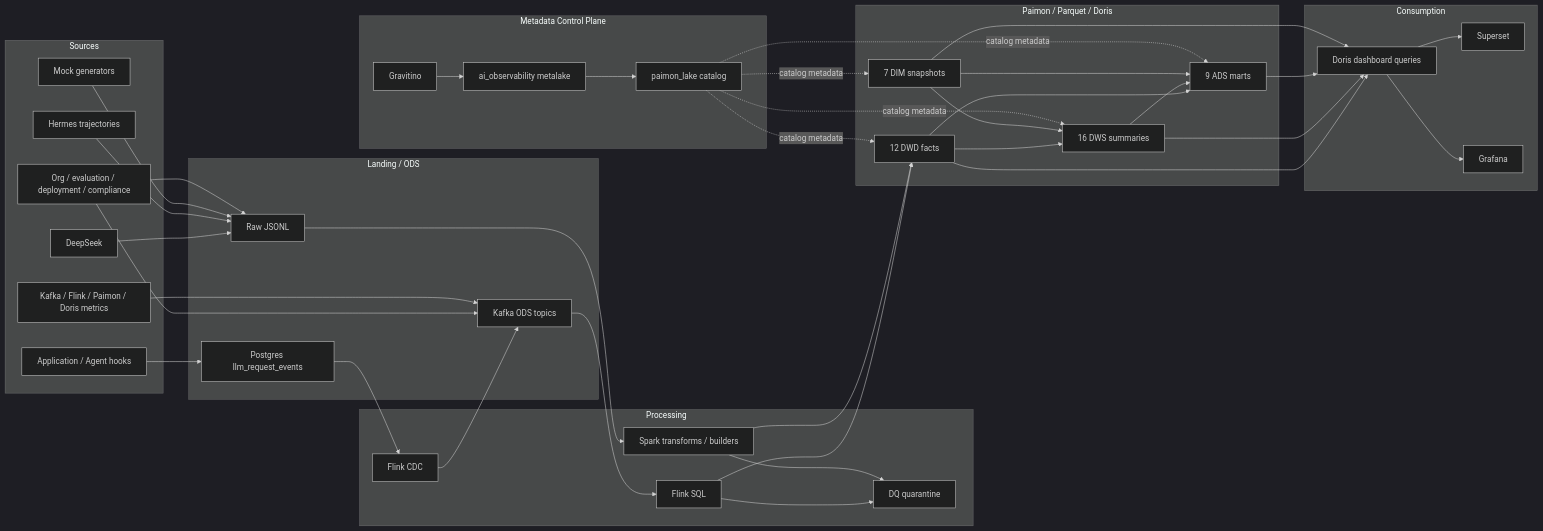
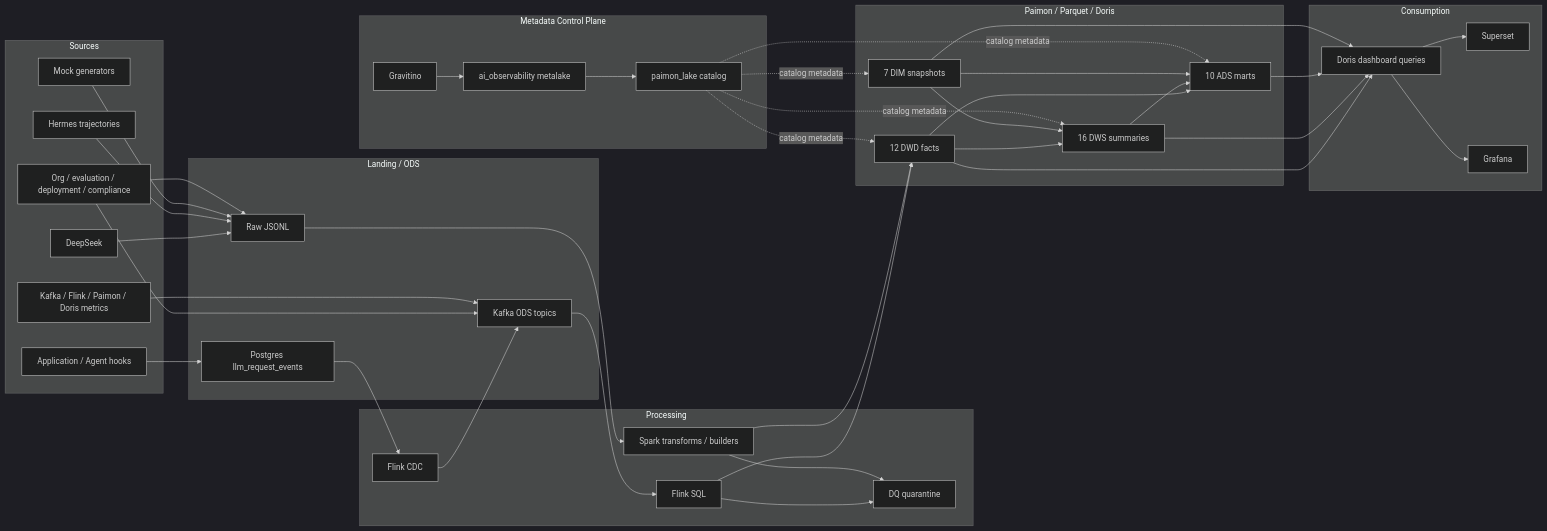
One commit to CHEUKFUNGWU/ai-observability-lakehouse changed the diagram in docs/data_lineage.md. Above: the diagram before and after it, drawn with Mermaid (dark theme). The commit also changed other lines of this file and 28 other files, not shown here.

````diff
--- a/docs/data_lineage.md
+++ b/docs/data_lineage.md
@@ -7,74 +7,74 @@
 ```mermaid
 flowchart LR
     subgraph Sources["Sources"]
       APP["Application / Agent hooks"]
       DEEP["DeepSeek"]
       HERMES["Hermes trajectories"]
       MOCK["Mock generators"]
       ENTERPRISE["Org / evaluation / deployment / compliance"]
       PLATFORM["Kafka / Flink / Paimon / Doris metrics"]
     end
 
     subgraph Landing["Landing / ODS"]
       RAW["Raw JSONL"]
       PG["Postgres llm_request_events"]
       K["Kafka ODS topics"]
     end
 
     subgraph Processing["Processing"]
       CDC["Flink CDC"]
       FS["Flink SQL"]
       SB["Spark transforms / builders"]
       Q["DQ quarantine"]
     end
 
     subgraph Warehouse["Paimon / Parquet / Doris"]
       DWD["12 DWD facts"]
       DIM["7 DIM snapshots"]
       DWS["16 DWS summaries"]
-      ADS["9 ADS marts"]
+      ADS["10 ADS marts"]
     end
 
     subgraph Metadata["Metadata Control Plane"]
       GRAVITINO["Gravitino"]
       METALAKE["ai_observability metalake"]
       PCATALOG["paimon_lake catalog"]
     end
 
     subgraph Consumption["Consumption"]
       SQL["Doris dashboard queries"]
       SUP["Superset"]
       GRA["Grafana"]
     end
 
     APP --> PG
     DEEP --> RAW
     HERMES --> RAW
     MOCK --> RAW
     ENTERPRISE --> RAW
     ENTERPRISE --> K
     PLATFORM --> K
     PG --> CDC --> K
     K --> FS
     RAW --> SB
     FS --> DWD
     SB --> DWD
     FS --> Q
     SB --> Q
     DWD --> DWS
     DIM --> DWS
     DWD --> ADS
     DWS --> ADS
     DIM --> ADS
     GRAVITINO --> METALAKE --> PCATALOG
     PCATALOG -.catalog metadata.-> DWD
     PCATALOG -.catalog metadata.-> DIM
     PCATALOG -.catalog metadata.-> DWS
     PCATALOG -.catalog metadata.-> ADS
     DWD --> SQL
     DWS --> SQL
     ADS --> SQL
     DIM --> SQL
     SQL --> SUP
     SQL --> GRA
 ```
````
